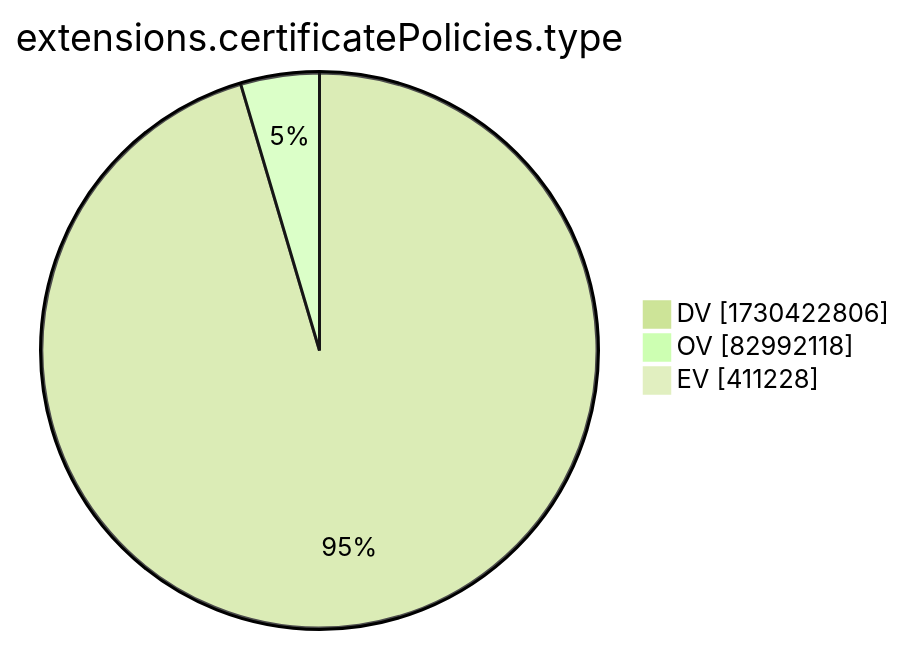
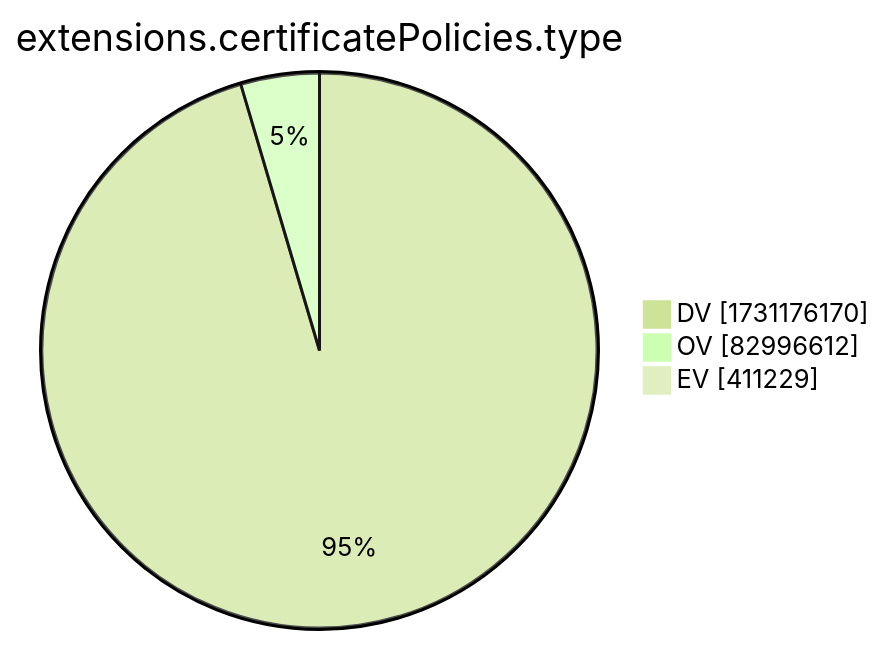
One commit to christiankrug/ctmonitor_visualization changed the tenth of 15 diagrams in xenon2022/README.md. Above: the diagram before and after it, drawn with Mermaid (forest theme). The commit also changed other lines of this file, not shown here.

````diff
--- a/xenon2022/README.md
+++ b/xenon2022/README.md
@@ -2881,7 +2881,7 @@
 ```mermaid
 pie showData
 title extensions.certificatePolicies.type
-"DV" :1730422806
-"OV" :82992118
-"EV" :411228
+"DV" :1731176170
+"OV" :82996612
+"EV" :411229
 ```
````
